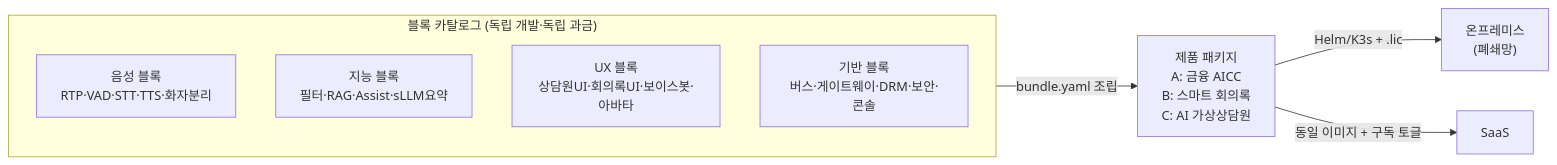
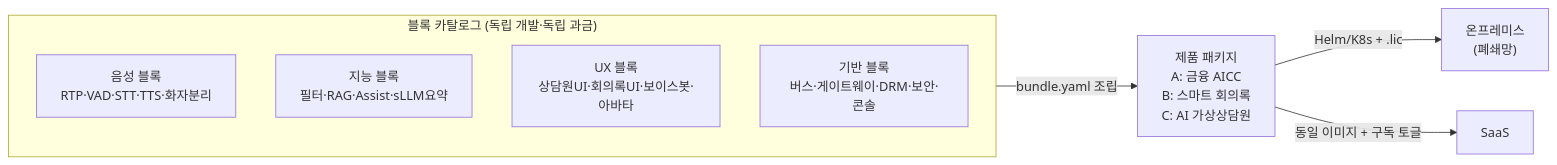
One commit to lnkbus/visionAI changed the diagram in README.md. Above: the diagram before and after it, drawn with Mermaid. The commit also changed other lines of this file and 24 other files, not shown here.

````diff
--- a/README.md
+++ b/README.md
@@ -555,12 +557,12 @@
 ```mermaid
 graph LR
     subgraph Blocks["블록 카탈로그 (독립 개발·독립 과금)"]
         S["음성 블록<br/>RTP·VAD·STT·TTS·화자분리"]
         I["지능 블록<br/>필터·RAG·Assist·sLLM요약"]
         U["UX 블록<br/>상담원UI·회의록UI·보이스봇·아바타"]
         C["기반 블록<br/>버스·게이트웨이·DRM·보안·콘솔"]
     end
     Blocks -->|"bundle.yaml 조립"| PKG["제품 패키지<br/>A: 금융 AICC<br/>B: 스마트 회의록<br/>C: AI 가상상담원"]
-    PKG -->|"Helm/K3s + .lic"| ONPREM["온프레미스<br/>(폐쇄망)"]
+    PKG -->|"Helm/K8s + .lic"| ONPREM["온프레미스<br/>(폐쇄망)"]
     PKG -->|"동일 이미지 + 구독 토글"| SAAS["SaaS"]
 ```
````
